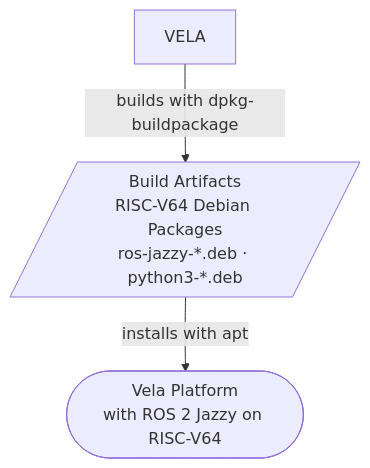
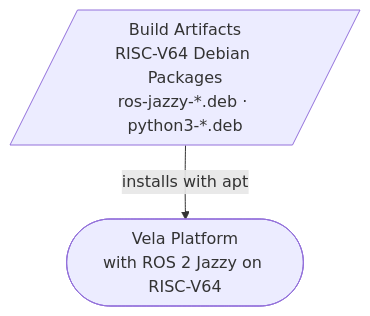
Before and after one commit to junho-falinux/vela-ros: the diagram in README.md, drawn with Mermaid.

````diff
--- a/README.md
+++ b/README.md
@@ -14,10 +14,9 @@
 ```mermaid
 flowchart TB
     DEBS[/"Build Artifacts<br/>RISC-V64 Debian Packages<br/>ros-jazzy-*.deb · python3-*.deb"/]
 
     ENV(["Vela Platform<br/>with ROS 2 Jazzy on RISC-V64"])
     click ENV href "https://github.com/riscv-vela/vela" "Vela repository"
 
-    VELA -->|"builds with dpkg-buildpackage"| DEBS
     DEBS -->|"installs with apt"| ENV
 ```
````
